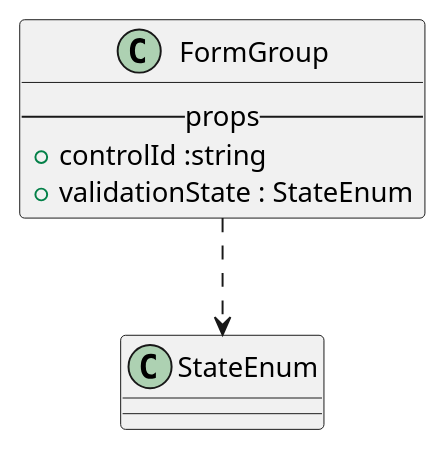
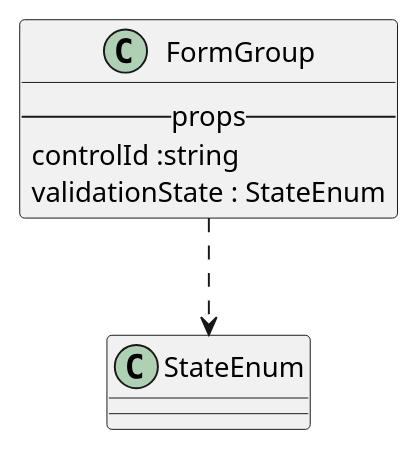
Before and after one commit to M9k/Marvin-Uml: the diagram in react/bootstrap/formgroup.iuml, drawn with PlantUML. The commit also changed 10 other files, not shown here.

```diff
--- a/react/bootstrap/formgroup.iuml
+++ b/react/bootstrap/formgroup.iuml
@@ -1,7 +1,7 @@
 class FormGroup{
     --props--
-        + controlId :string
-        + validationState : StateEnum
+         controlId :string
+         validationState : StateEnum
 }
 
 FormGroup ..> StateEnum
```
